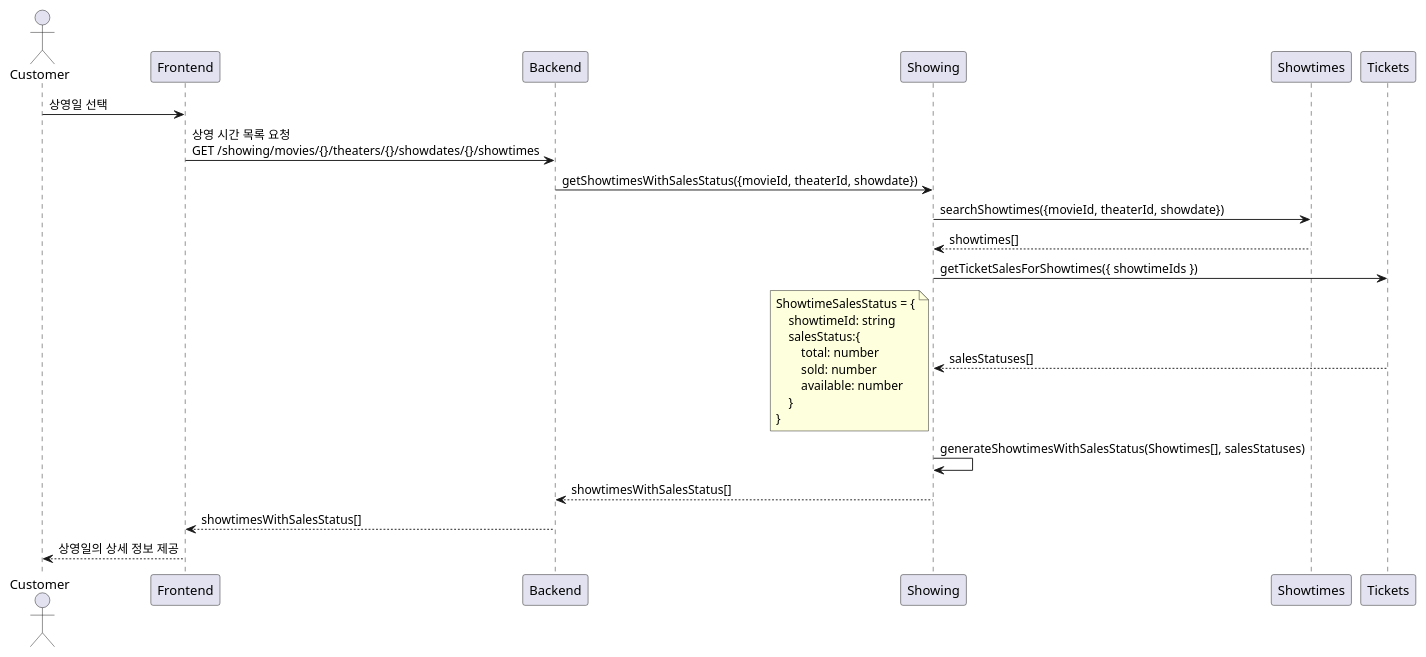
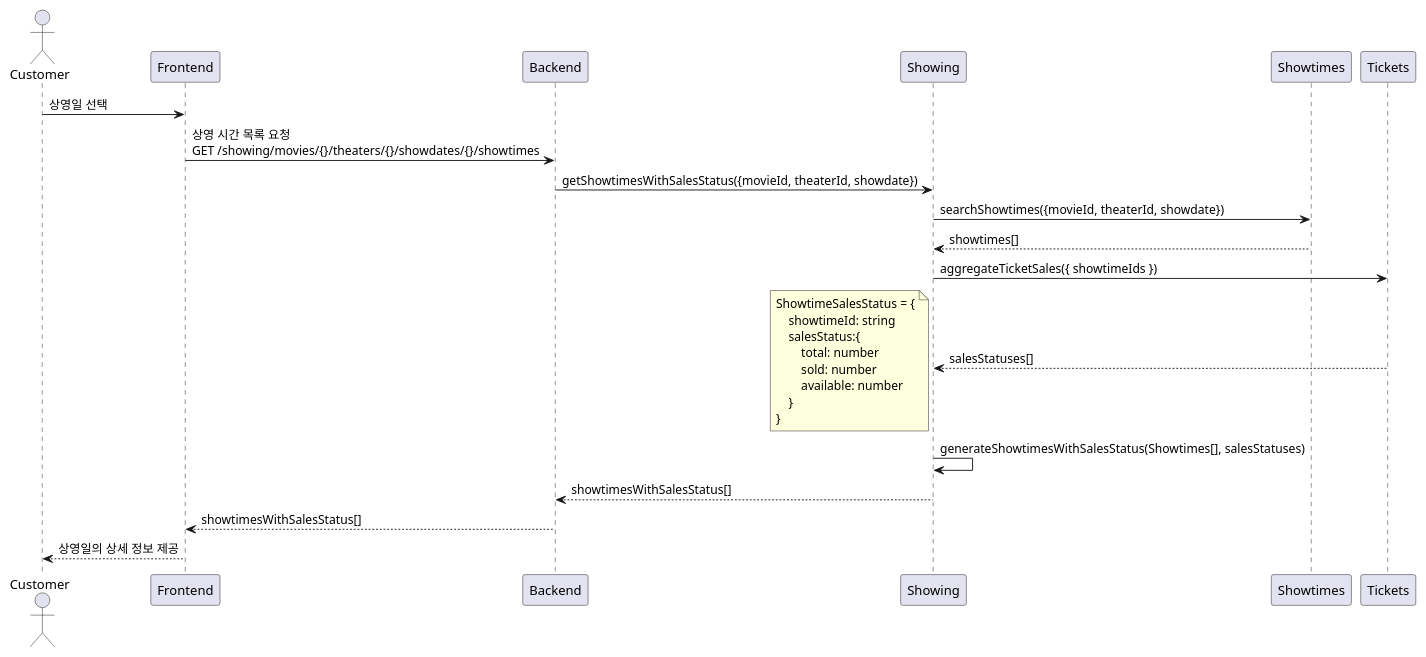
One commit to mannercode/nest-seed changed the fourth of 6 diagrams in docs/archive/tickets-purchase.md. Above: the diagram before and after it, drawn with PlantUML. The commit also changed 11 other files, not shown here.

Commit message:
feat: rename getTicketSalesForShowtimes to aggregateTicketSales and update related references

````diff
--- a/docs/archive/tickets-purchase.md
+++ b/docs/archive/tickets-purchase.md
@@ -130,27 +130,27 @@
 ```plantuml
 @startuml
 actor Customer
 
 Customer -> Frontend : 상영일 선택
     Frontend -> Backend : 상영 시간 목록 요청\nGET /showing/movies/{}/theaters/{}/showdates/{}/showtimes
         Backend -> Showing: getShowtimesWithSalesStatus({movieId, theaterId, showdate})
             Showing -> Showtimes: searchShowtimes({movieId, theaterId, showdate})
             Showing <-- Showtimes: showtimes[]
-            Showing -> Tickets: getTicketSalesForShowtimes({ showtimeIds })
+            Showing -> Tickets: aggregateTicketSales({ showtimeIds })
             Showing <-- Tickets: salesStatuses[]
             note left
             ShowtimeSalesStatus = {
                 showtimeId: string
                 salesStatus:{
                     total: number
                     sold: number
                     available: number
                 }
             }
             end note
             Showing -> Showing: generateShowtimesWithSalesStatus(Showtimes[], salesStatuses)
         Backend <-- Showing: showtimesWithSalesStatus[]
     Frontend <-- Backend : showtimesWithSalesStatus[]
 Customer <-- Frontend : 상영일의 상세 정보 제공
 @enduml
 ```
````
